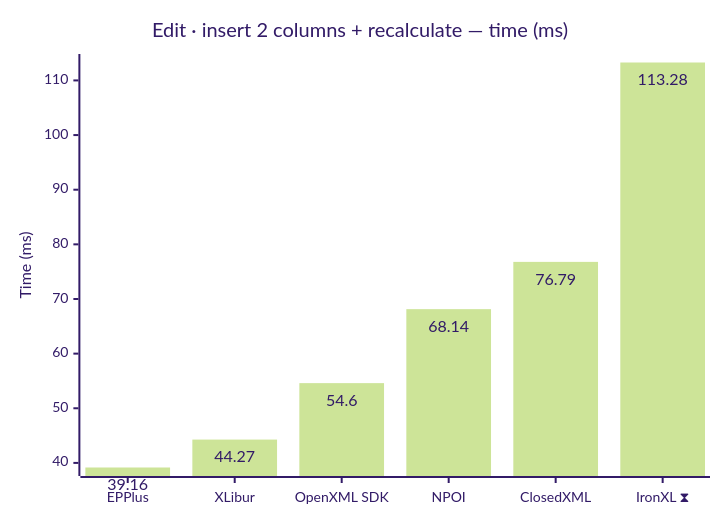
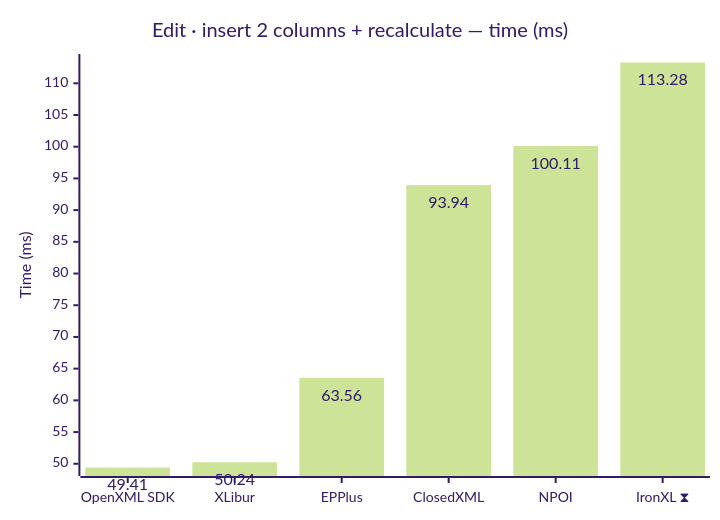
Before and after one commit to jafin/XLBench: diagram 11 of 12 in docs/results-ci.md, drawn with Mermaid (forest theme). The commit also changed other lines of this file, not shown here.

````diff
--- a/docs/results-ci.md
+++ b/docs/results-ci.md
@@ -171,12 +171,12 @@
 ```mermaid
 ---
 config:
   xyChart:
     showDataLabel: true
 ---
 xychart-beta
     title "Edit · insert 2 columns + recalculate — time (ms)"
-    x-axis ["EPPlus", "XLibur", "OpenXML SDK", "NPOI", "ClosedXML", "IronXL ⧗"]
+    x-axis ["OpenXML SDK", "XLibur", "EPPlus", "ClosedXML", "NPOI", "IronXL ⧗"]
     y-axis "Time (ms)"
-    bar [39.16, 44.27, 54.6, 68.14, 76.79, 113.28]
+    bar [49.41, 50.24, 63.56, 93.94, 100.11, 113.28]
 ```
````
